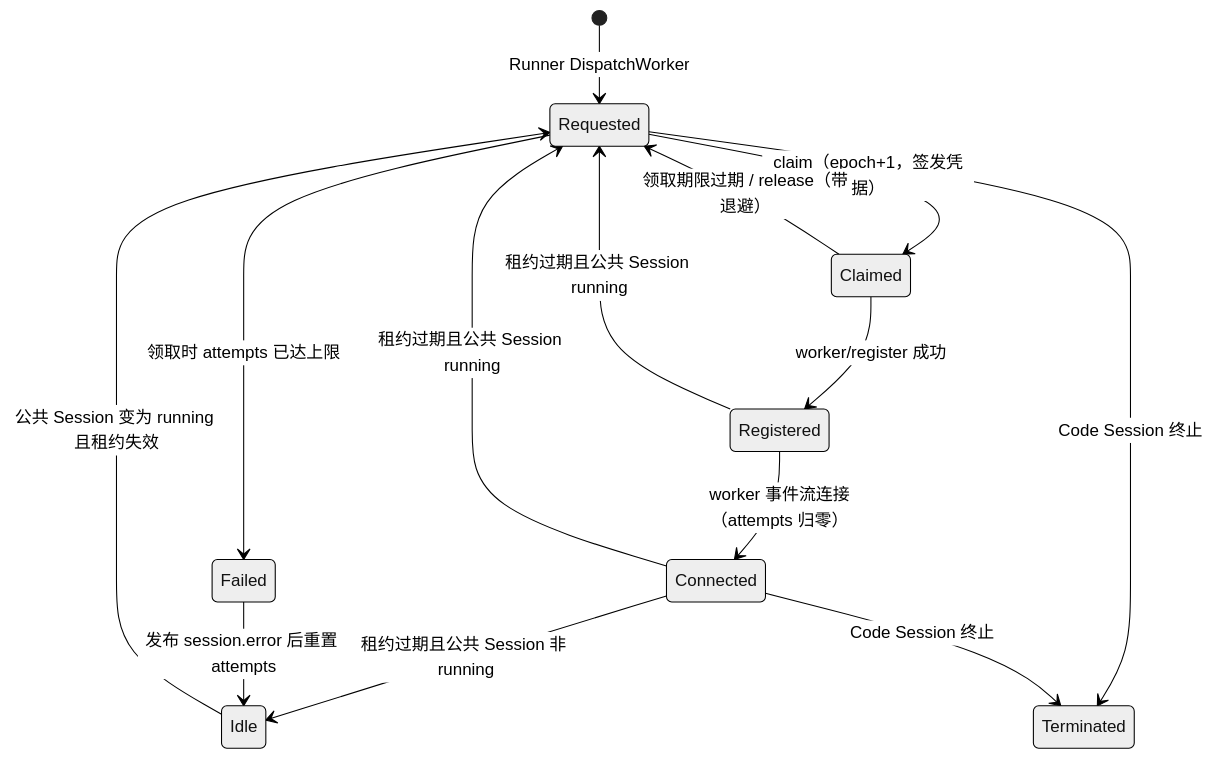
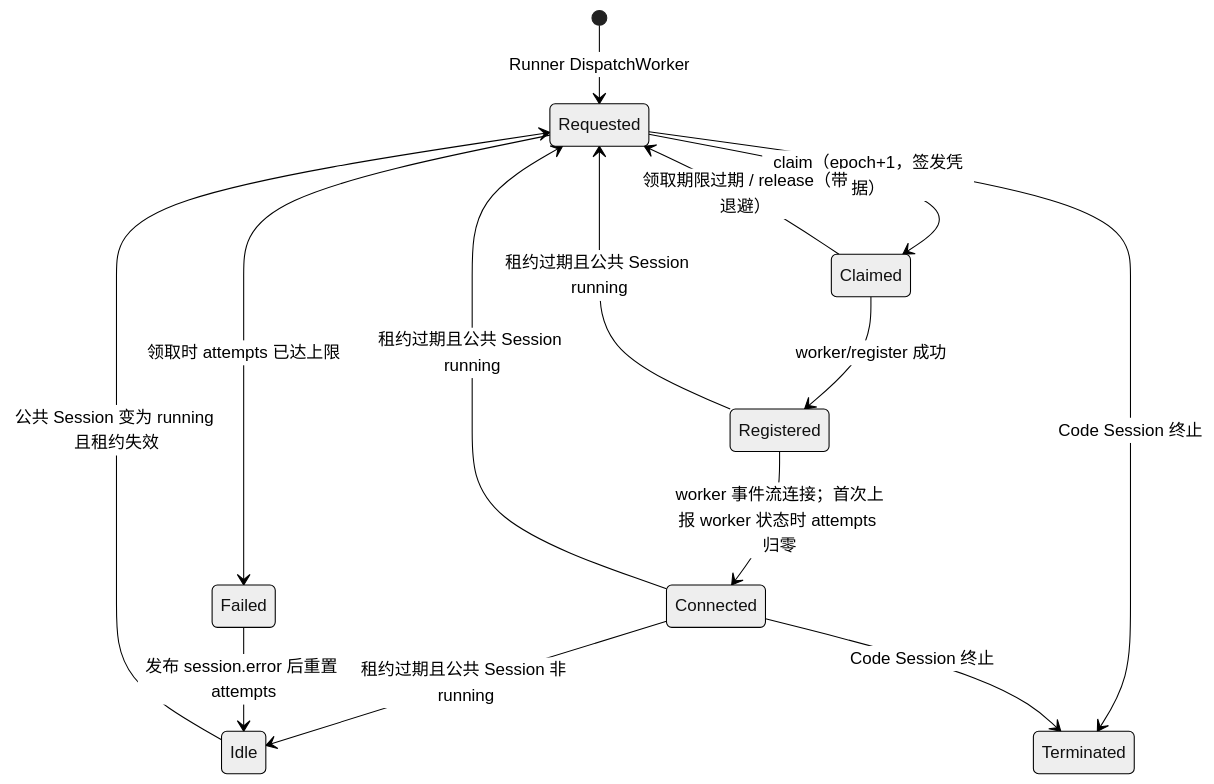
The second of 3 diagrams in docs/design/be/brain-worker-claim.md (superduck-ai/open-managed-agents), drawn with Mermaid (neutral theme) before and after one commit. The commit also changed other lines of this file and 121 other files, not shown here.

````diff
--- a/docs/design/be/brain-worker-claim.md
+++ b/docs/design/be/brain-worker-claim.md
@@ -101,16 +101,16 @@
 ```mermaid
 stateDiagram-v2
     [*] --> Requested: Runner DispatchWorker
     Idle --> Requested: 公共 Session 变为 running 且租约失效
     Requested --> Claimed: claim（epoch+1，签发凭据）
     Claimed --> Requested: 领取期限过期 / release（带退避）
     Claimed --> Registered: worker/register 成功
-    Registered --> Connected: worker 事件流连接（attempts 归零）
+    Registered --> Connected: worker 事件流连接；首次上报 worker 状态时 attempts 归零
     Registered --> Requested: 租约过期且公共 Session running
     Connected --> Requested: 租约过期且公共 Session running
     Connected --> Idle: 租约过期且公共 Session 非 running
     Requested --> Failed: 领取时 attempts 已达上限
     Failed --> Idle: 发布 session.error 后重置 attempts
     Requested --> Terminated: Code Session 终止
     Connected --> Terminated: Code Session 终止
 ```
````
